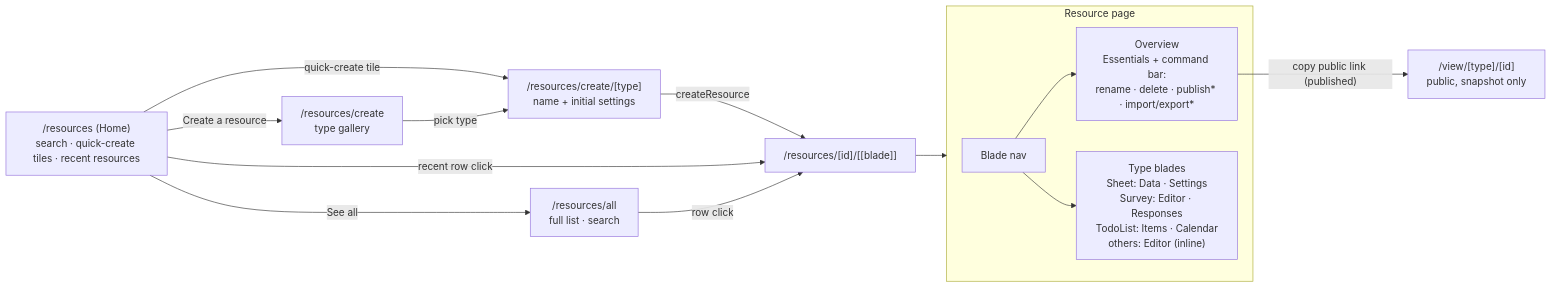
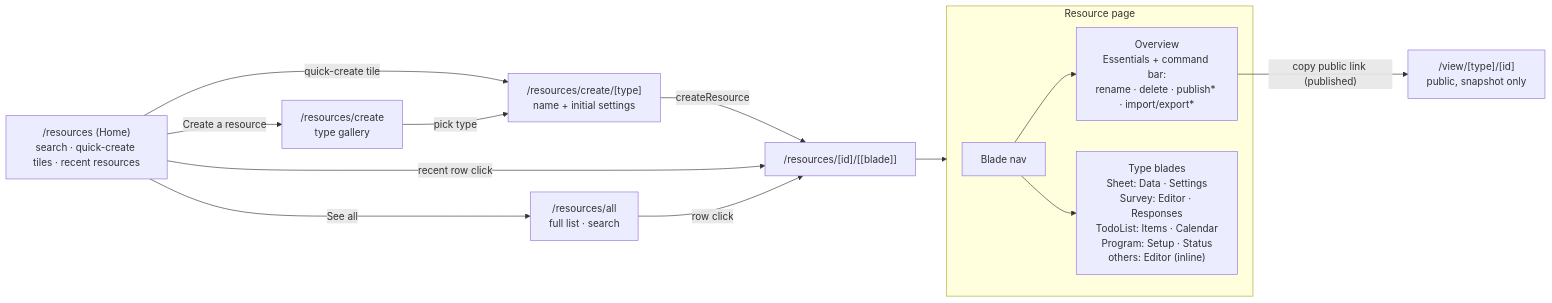
Before and after one commit to Esposter/Esposter: the first of 3 diagrams in packages/app/content/docs/platform/resource-explorer.md, drawn with Mermaid. The commit also changed other lines of this file and 17 other files, not shown here.

````diff
--- a/packages/app/content/docs/platform/resource-explorer.md
+++ b/packages/app/content/docs/platform/resource-explorer.md
@@ -37,19 +38,19 @@
 ```mermaid
 flowchart LR
   HOME["/resources (Home)<br/>search · quick-create tiles · recent resources"]
   HOME -->|See all| ALL["/resources/all<br/>full list · search"]
   HOME -->|Create a resource| CREATE["/resources/create<br/>type gallery"]
   HOME -->|quick-create tile| CFORM["/resources/create/[type]<br/>name + initial settings"]
   CREATE -->|pick type| CFORM
   CFORM -->|createResource| RES["/resources/[id]/[[blade]]"]
   HOME -->|recent row click| RES
   ALL -->|row click| RES
 
   subgraph bladepage [Resource page]
     MENU["Blade nav"] --> OV["Overview<br/>Essentials + command bar:<br/>rename · delete · publish* · import/export*"]
-    MENU --> TB["Type blades<br/>Sheet: Data · Settings<br/>Survey: Editor · Responses<br/>TodoList: Items · Calendar<br/>others: Editor (inline)"]
+    MENU --> TB["Type blades<br/>Sheet: Data · Settings<br/>Survey: Editor · Responses<br/>TodoList: Items · Calendar<br/>Program: Setup · Status<br/>others: Editor (inline)"]
   end
 
   RES --> bladepage
   OV -->|"copy public link (published)"| VIEW["/view/[type]/[id]<br/>public, snapshot only"]
 ```
````
